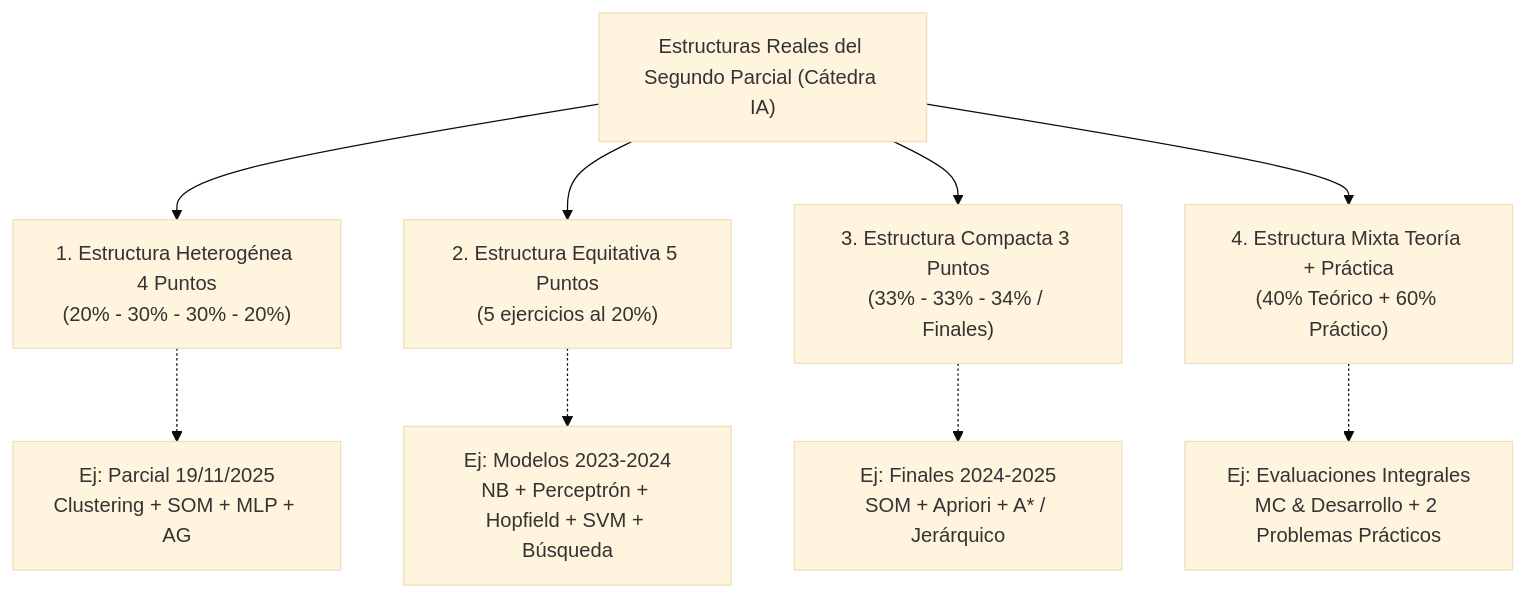
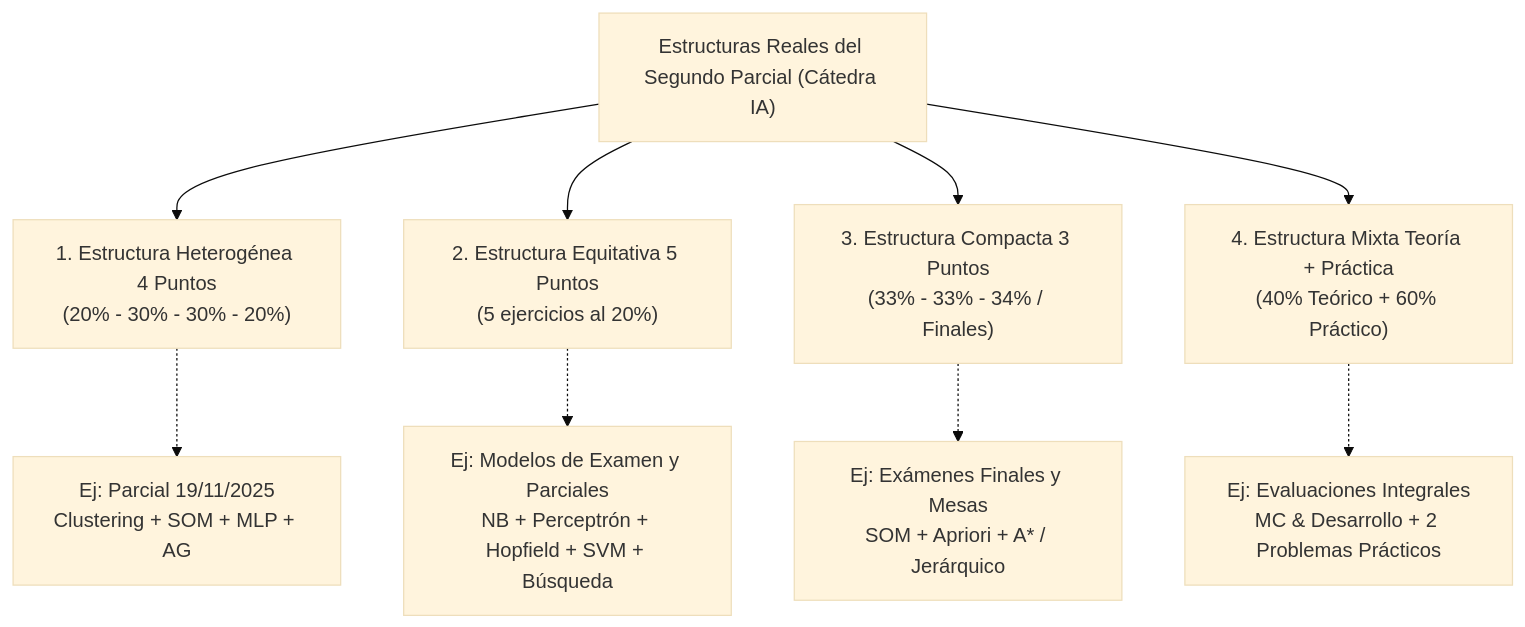
One commit to FranDSchz/ia-segundo-parcial-utn-frre changed the first of 5 diagrams in GUIAS_PASO_A_PASO/GUIA_MAESTRA_ALGORITMOS_GENETICOS_Y_ESTRUCTURA_EXAMEN.md. Above: the diagram before and after it, drawn with Mermaid (base theme). The commit also changed other lines of this file and 12 other files, not shown here.

````diff
--- a/GUIAS_PASO_A_PASO/GUIA_MAESTRA_ALGORITMOS_GENETICOS_Y_ESTRUCTURA_EXAMEN.md
+++ b/GUIAS_PASO_A_PASO/GUIA_MAESTRA_ALGORITMOS_GENETICOS_Y_ESTRUCTURA_EXAMEN.md
@@ -75,12 +75,12 @@
 ```mermaid
 flowchart TD
     A["Estructuras Reales del Segundo Parcial (Cátedra IA)"] --> B["1. Estructura Heterogénea 4 Puntos<br/>(20% - 30% - 30% - 20%)"]
     A --> C["2. Estructura Equitativa 5 Puntos<br/>(5 ejercicios al 20%)"]
     A --> D["3. Estructura Compacta 3 Puntos<br/>(33% - 33% - 34% / Finales)"]
     A --> E["4. Estructura Mixta Teoría + Práctica<br/>(40% Teórico + 60% Práctico)"]
 
     B -.-> B1["Ej: Parcial 19/11/2025<br/>Clustering + SOM + MLP + AG"]
-    C -.-> C1["Ej: Modelos 2023-2024<br/>NB + Perceptrón + Hopfield + SVM + Búsqueda"]
-    D -.-> D1["Ej: Finales 2024-2025<br/>SOM + Apriori + A* / Jerárquico"]
+    C -.-> C1["Ej: Modelos de Examen y Parciales<br/>NB + Perceptrón + Hopfield + SVM + Búsqueda"]
+    D -.-> D1["Ej: Exámenes Finales y Mesas<br/>SOM + Apriori + A* / Jerárquico"]
     E -.-> E1["Ej: Evaluaciones Integrales<br/>MC & Desarrollo + 2 Problemas Prácticos"]
 ```
````
